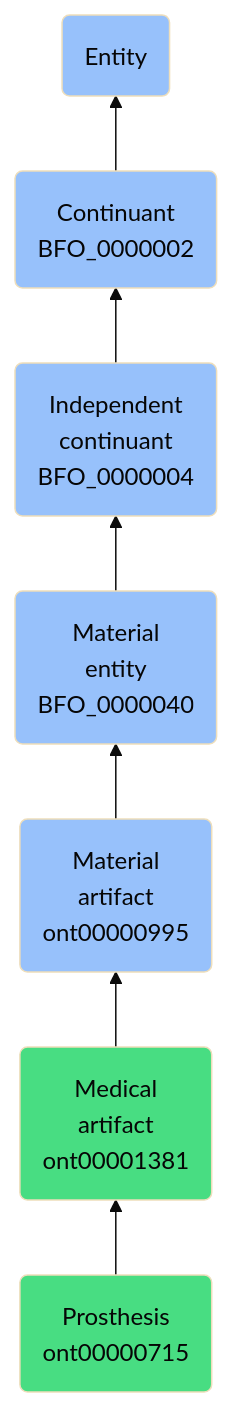
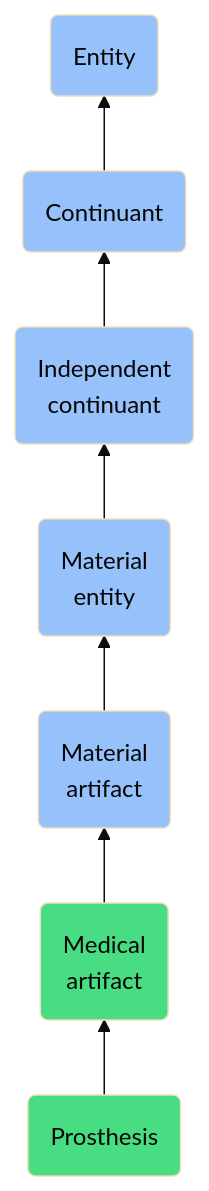
The diagram in docs/ontology/reference/model/Entity/Continuant/Independent continuant/Material entity/Material artifact/Medical artifact/Prosthesis/Prosthesis.md (jupyter-naas/abi), drawn with Mermaid (base theme) before and after one commit. The commit also changed other lines of this file and 1430 other files, not shown here.

````diff
--- a/docs/ontology/reference/model/Entity/Continuant/Independent continuant/Material entity/Material artifact/Medical artifact/Prosthesis/Prosthesis.md
+++ b/docs/ontology/reference/model/Entity/Continuant/Independent continuant/Material entity/Material artifact/Medical artifact/Prosthesis/Prosthesis.md
@@ -24,14 +24,14 @@
 ```mermaid
 graph BT
-    ont00000715(Prosthesis<br>ont00000715):::ABI-->ont00001381
-    ont00001381(Medical<br>artifact<br>ont00001381):::ABI-->ont00000995
-    ont00000995(Material<br>artifact<br>ont00000995):::BFO-->BFO_0000040
-    BFO_0000040(Material<br>entity<br>BFO_0000040):::BFO-->BFO_0000004
-    BFO_0000004(Independent<br>continuant<br>BFO_0000004):::BFO-->BFO_0000002
-    BFO_0000002(Continuant<br>BFO_0000002):::BFO-->BFO_0000001
+    ont00000715(Prosthesis):::ABI-->ont00001381
+    ont00001381(Medical<br>artifact):::ABI-->ont00000995
+    ont00000995(Material<br>artifact):::BFO-->BFO_0000040
+    BFO_0000040(Material<br>entity):::BFO-->BFO_0000004
+    BFO_0000004(Independent<br>continuant):::BFO-->BFO_0000002
+    BFO_0000002(Continuant):::BFO-->BFO_0000001
     BFO_0000001(Entity):::BFO
     
     classDef BFO fill:#97c1fb,color:#060606
     classDef CCO fill:#e4c51e,color:#060606
     classDef ABI fill:#48DD82,color:#060606
 ```
````
